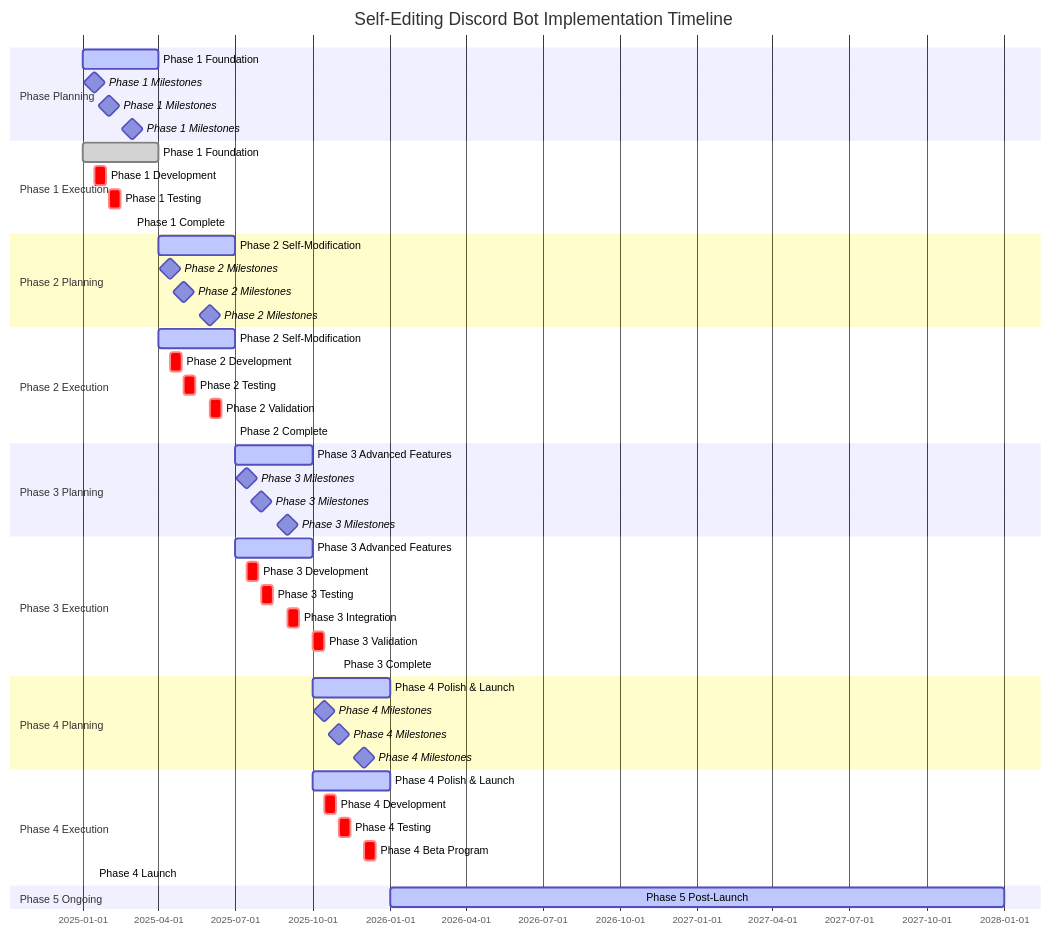
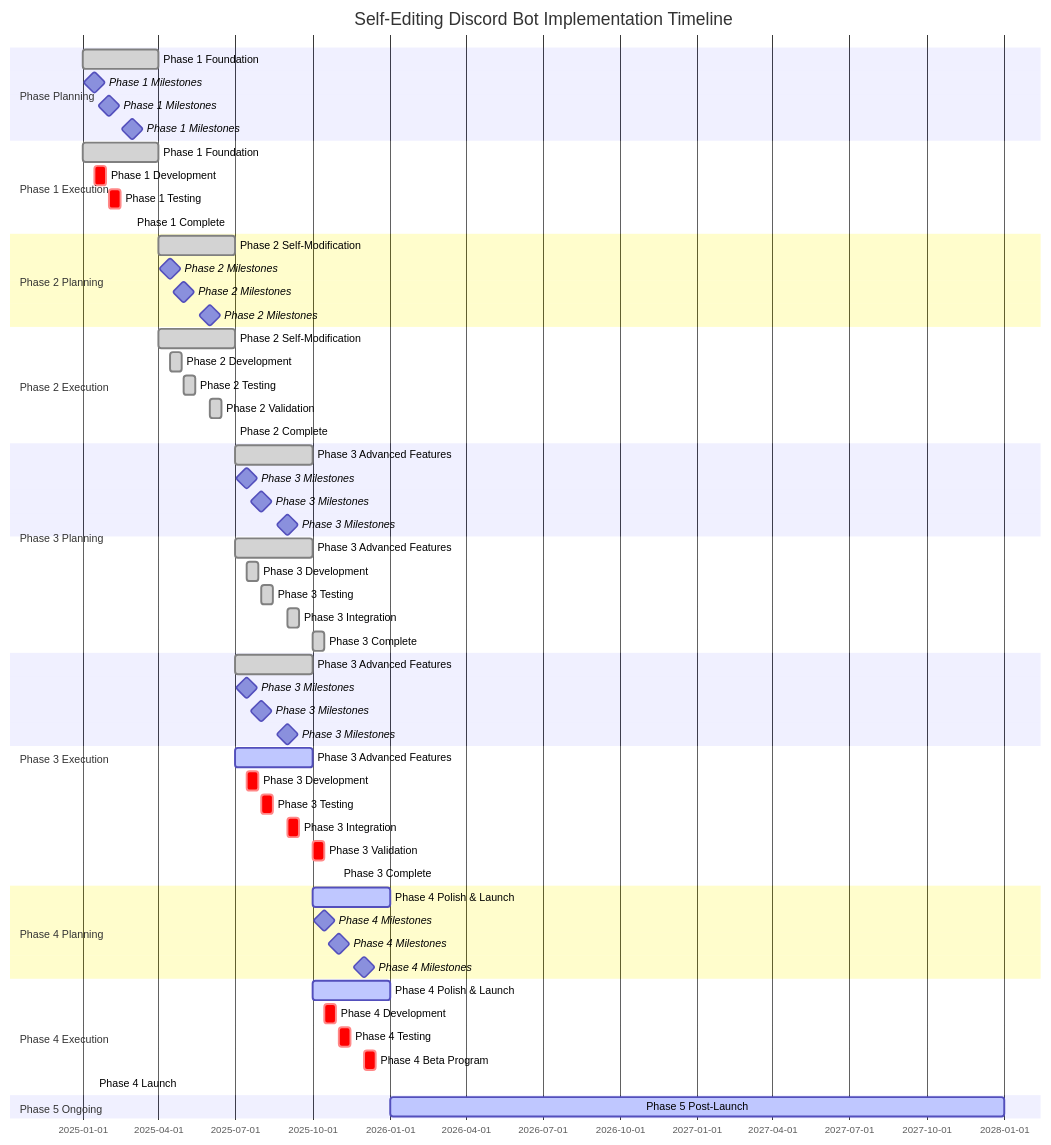
One commit to DIA-ML/Megawatts changed the second of 3 diagrams in Implementation_Roadmap.md. Above: the diagram before and after it, drawn with Mermaid. The commit also changed other lines of this file and 3 other files, not shown here.

Commit message:
docs: update documentation for advanced features implementation

````diff
--- a/Implementation_Roadmap.md
+++ b/Implementation_Roadmap.md
@@ -53,59 +53,72 @@
 ```mermaid
 gantt
     title Self-Editing Discord Bot Implementation Timeline
     dateFormat  YYYY-MM-DD
     section Phase Planning
-    Phase 1 Foundation :active, phase1, 2025-01-01, 3M
+    Phase 1 Foundation :done, phase1, 2025-01-01, 3M
     Phase 1 Milestones :milestone, m1, 2025-01-15, 0d
     Phase 1 Milestones :milestone, m2, 2025-02-01, 0d
     Phase 1 Milestones :milestone, m3, 2025-03-01, 0d
     
     section Phase 1 Execution
     Phase 1 Foundation :done, phase1, 2025-01-01, 3M
     Phase 1 Development :crit, phase1, 2025-01-15, 14d
     Phase 1 Testing :crit, phase1, 2025-02-01, 14d
     Phase 1 Complete :crit, phase1, 2025-03-01, 0d
     
     section Phase 2 Planning
-    Phase 2 Self-Modification :active, phase2, 2025-04-01, 3M
+    Phase 2 Self-Modification :done, phase2, 2025-04-01, 3M
     Phase 2 Milestones :milestone, m1, 2025-04-15, 0d
     Phase 2 Milestones :milestone, m2, 2025-05-01, 0d
     Phase 2 Milestones :milestone, m3, 2025-06-01, 0d
     
     section Phase 2 Execution
-    Phase 2 Self-Modification :active, phase2, 2025-04-01, 3M
-    Phase 2 Development :crit, phase2, 2025-04-15, 14d
-    Phase 2 Testing :crit, phase2, 2025-05-01, 14d
-    Phase 2 Validation :crit, phase2, 2025-06-01, 14d
-    Phase 2 Complete :crit, phase2, 2025-07-01, 0d
+    Phase 2 Self-Modification :done, phase2, 2025-04-01, 3M
+    Phase 2 Development :done, phase2, 2025-04-15, 14d
+    Phase 2 Testing :done, phase2, 2025-05-01, 14d
+    Phase 2 Validation :done, phase2, 2025-06-01, 14d
+    Phase 2 Complete :done, phase2, 2025-07-01, 0d
     
     section Phase 3 Planning
-    Phase 3 Advanced Features :active, phase3, 2025-07-01, 3M
+    Phase 3 Advanced Features :done, phase3, 2025-07-01, 3M
+    Phase 3 Milestones :milestone, m1, 2025-07-15, 0d
+    Phase 3 Milestones :milestone, m2, 2025-08-01, 0d
+    Phase 3 Milestones :milestone, m3, 2025-09-01, 0d
+    
+    section Phase 3 Execution
+    Phase 3 Advanced Features :done, phase3, 2025-07-01, 3M
+    Phase 3 Development :done, phase3, 2025-07-15, 14d
+    Phase 3 Testing :done, phase3, 2025-08-01, 14d
+    Phase 3 Integration :done, phase3, 2025-09-01, 14d
+    Phase 3 Complete :done, phase3, 2025-10-01, 14d
+    
+    section Phase 3 Planning
+    Phase 3 Advanced Features :done, phase3, 2025-07-01, 3M
     Phase 3 Milestones :milestone, m1, 2025-07-15, 0d
     Phase 3 Milestones :milestone, m2, 2025-08-01, 0d
     Phase 3 Milestones :milestone, m3, 2025-09-01, 0d
     
     section Phase 3 Execution
     Phase 3 Advanced Features :active, phase3, 2025-07-01, 3M
     Phase 3 Development :crit, phase3, 2025-07-15, 14d
     Phase 3 Testing :crit, phase3, 2025-08-01, 14d
     Phase 3 Integration :crit, phase3, 2025-09-01, 14d
     Phase 3 Validation :crit, phase3, 2025-10-01, 14d
     Phase 3 Complete :crit, phase3, 2025-11-01, 0d
     
     section Phase 4 Planning
     Phase 4 Polish & Launch :active, phase4, 2025-10-01, 3M
     Phase 4 Milestones :milestone, m1, 2025-10-15, 0d
     Phase 4 Milestones :milestone, m2, 2025-11-01, 0d
     Phase 4 Milestones :milestone, m3, 2025-12-01, 0d
     
     section Phase 4 Execution
     Phase 4 Polish & Launch :active, phase4, 2025-10-01, 3M
     Phase 4 Development :crit, phase4, 2025-10-15, 14d
     Phase 4 Testing :crit, phase4, 2025-11-01, 14d
     Phase 4 Beta Program :crit, phase4, 2025-12-01, 14d
     Phase 4 Launch :crit, phase4, 2025-01-15, 0d
     
     section Phase 5 Ongoing
     Phase 5 Post-Launch :active, phase5, 2026-01-01, 24M
 ```
````
